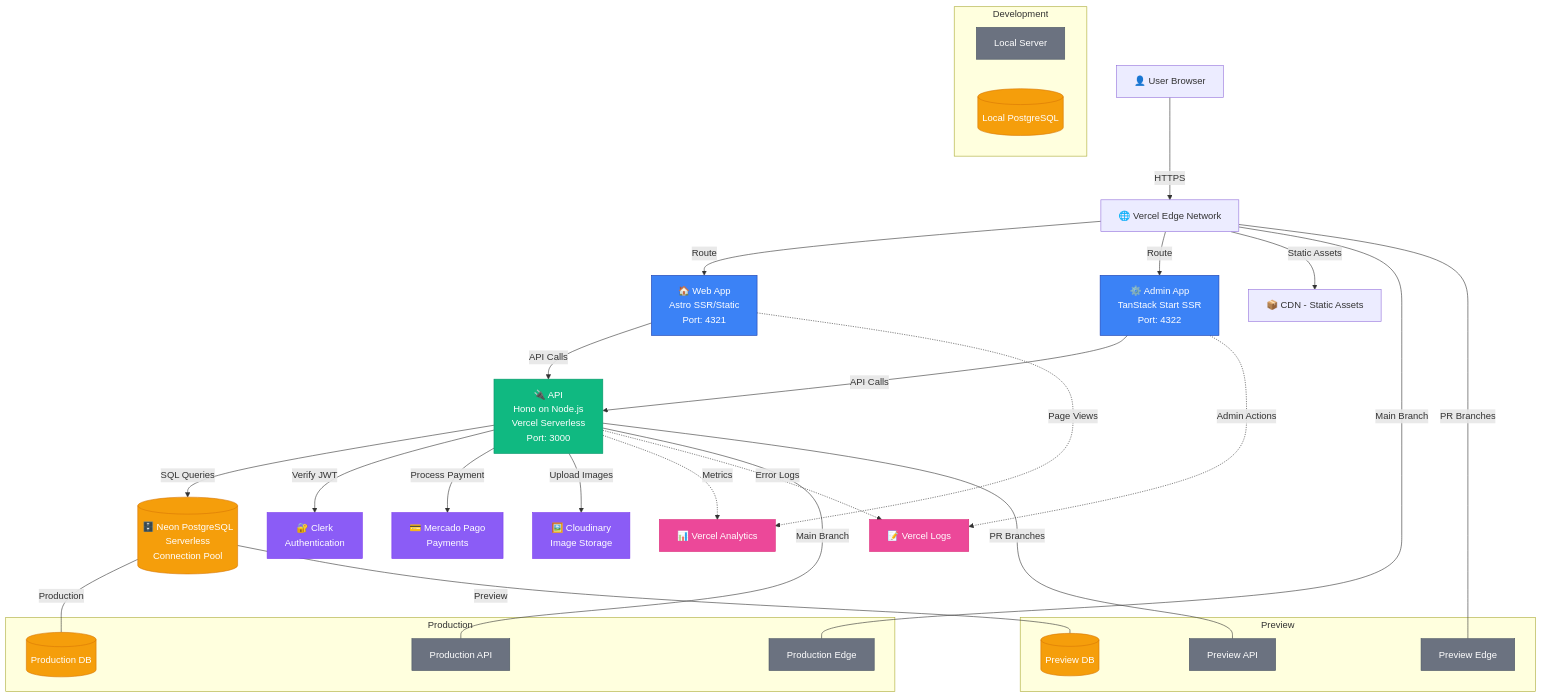
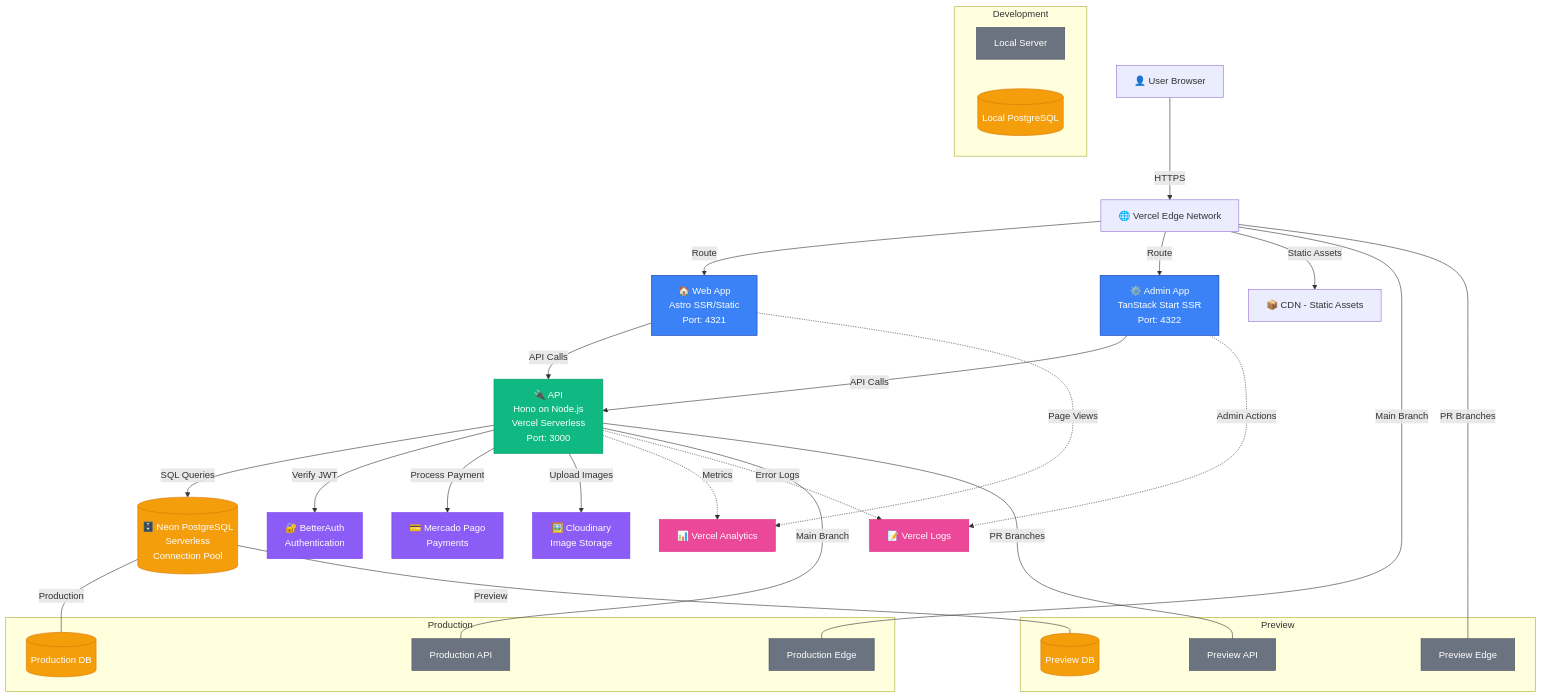
Before and after one commit to qazuor/hospeda: the diagram in docs/diagrams/deployment-architecture.mmd, drawn with Mermaid. The commit also changed 57 other files, not shown here.

````diff
--- a/docs/diagrams/deployment-architecture.mmd
+++ b/docs/diagrams/deployment-architecture.mmd
@@ -25,7 +25,7 @@
     NeonDB[(🗄️ Neon PostgreSQL<br/>Serverless<br/>Connection Pool)]
 
     %% External Services
-    Clerk[🔐 Clerk<br/>Authentication]
+    BetterAuth[🔐 BetterAuth<br/>Authentication]
     MercadoPago[💳 Mercado Pago<br/>Payments]
     Cloudinary[🖼️ Cloudinary<br/>Image Storage]
 
@@ -61,7 +61,7 @@
     AdminApp -->|API Calls| APIApp
 
     APIApp -->|SQL Queries| NeonDB
-    APIApp -->|Verify JWT| Clerk
+    APIApp -->|Verify JWT| BetterAuth
     APIApp -->|Process Payment| MercadoPago
     APIApp -->|Upload Images| Cloudinary
 
@@ -89,7 +89,7 @@
     class WebApp,AdminApp frontend
     class APIApp backend
     class NeonDB,ProdDB,PreviewDB,DevDB database
-    class Clerk,MercadoPago,Cloudinary external
+    class BetterAuth,MercadoPago,Cloudinary external
     class Analytics,Logs monitoring
     class ProdEdge,PreviewEdge,DevLocal,ProdAPI,PreviewAPI environment
 ```
````
